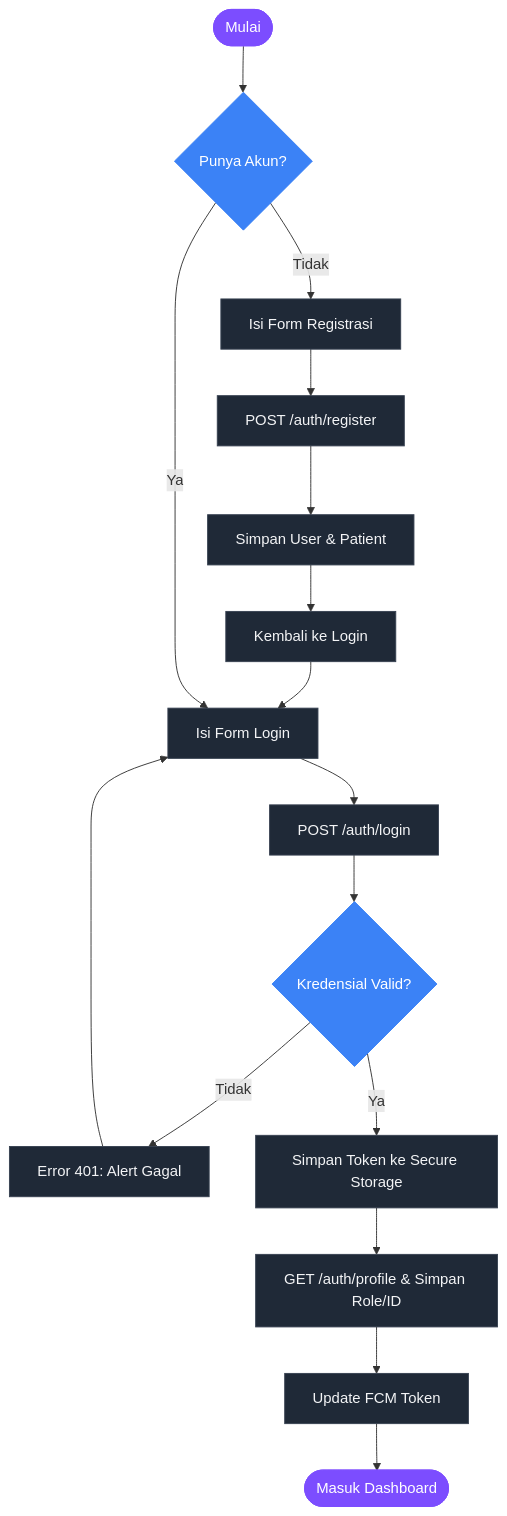
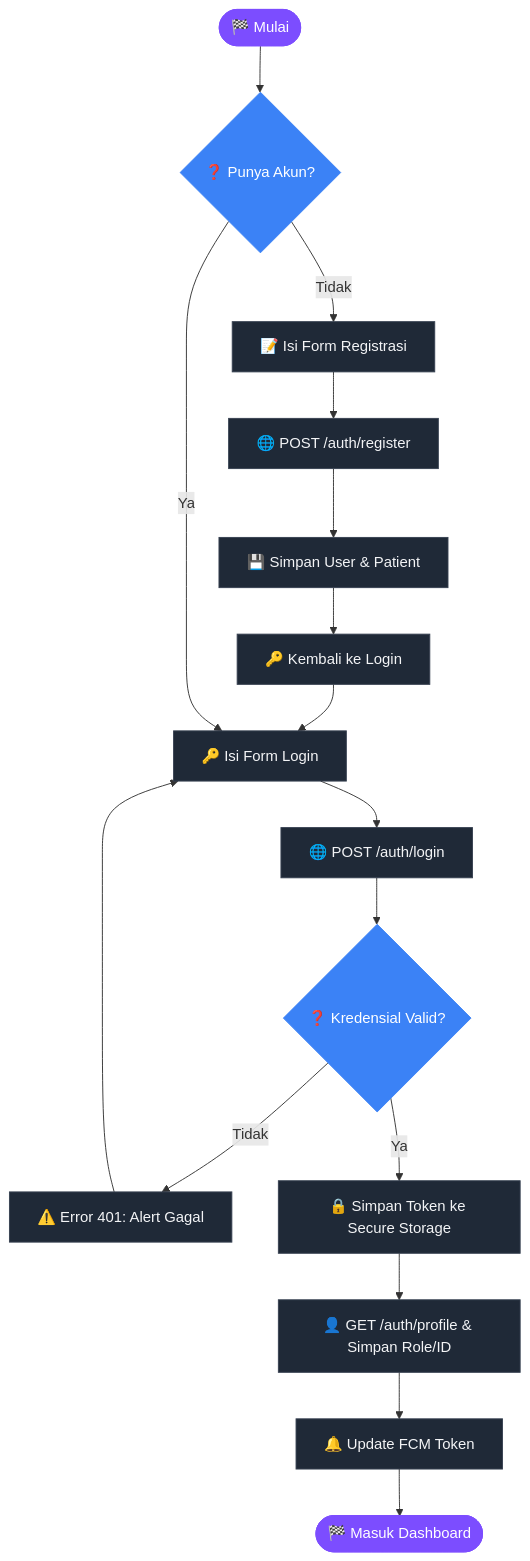
Before and after one commit to Rezi14/NalaSeva-Mobile-Test: the first of 9 diagrams in dokumentasi/ALUR_BISNIS.md, drawn with Mermaid. The commit also changed other lines of this file, not shown here.

````diff
--- a/dokumentasi/ALUR_BISNIS.md
+++ b/dokumentasi/ALUR_BISNIS.md
@@ -23,23 +23,23 @@
 ```mermaid
 flowchart TD
     classDef default fill:#1f2937,stroke:#374151,stroke-width:1px,color:#f3f4f6;
     classDef startEnd fill:#7c4dff,stroke:#7c4dff,color:#fff;
     classDef decision fill:#3b82f6,stroke:#3b82f6,color:#fff;
 
-    Start([Mulai]):::startEnd --> PunyaAkun{Punya Akun?}:::decision
+    Start([🏁 Mulai]):::startEnd --> PunyaAkun{❓ Punya Akun?}:::decision
     
-    PunyaAkun -- Tidak --> RegForm[Isi Form Registrasi]
-    RegForm --> RegAPI[POST /auth/register]
-    RegAPI --> DBTrans[Simpan User & Patient]
-    DBTrans --> TokenGen[Kembali ke Login] -->LoginForm
+    PunyaAkun -- Tidak --> RegForm[📝 Isi Form Registrasi]
+    RegForm --> RegAPI[🌐 POST /auth/register]
+    RegAPI --> DBTrans[💾 Simpan User & Patient]
+    DBTrans --> TokenGen[🔑 Kembali ke Login] -->LoginForm
     
-    PunyaAkun -- Ya --> LoginForm[Isi Form Login]
-    LoginForm --> LoginAPI[POST /auth/login]
-    LoginAPI --> ValidCheck{Kredensial Valid?}:::decision
+    PunyaAkun -- Ya --> LoginForm[🔑 Isi Form Login]
+    LoginForm --> LoginAPI[🌐 POST /auth/login]
+    LoginAPI --> ValidCheck{❓ Kredensial Valid?}:::decision
     
-    ValidCheck -- Tidak --> ErrorDlg[Error 401: Alert Gagal] --> LoginForm
-    ValidCheck -- Ya --> SaveToken[Simpan Token ke Secure Storage]
-    SaveToken --> GetProfile[GET /auth/profile & Simpan Role/ID]
-    GetProfile --> SyncFCM[Update FCM Token]
-    SyncFCM --> Done([Masuk Dashboard]):::startEnd
+    ValidCheck -- Tidak --> ErrorDlg[⚠️ Error 401: Alert Gagal] --> LoginForm
+    ValidCheck -- Ya --> SaveToken[🔒 Simpan Token ke Secure Storage]
+    SaveToken --> GetProfile[👤 GET /auth/profile & Simpan Role/ID]
+    GetProfile --> SyncFCM[🔔 Update FCM Token]
+    SyncFCM --> Done([🏁 Masuk Dashboard]):::startEnd
 ```
````
